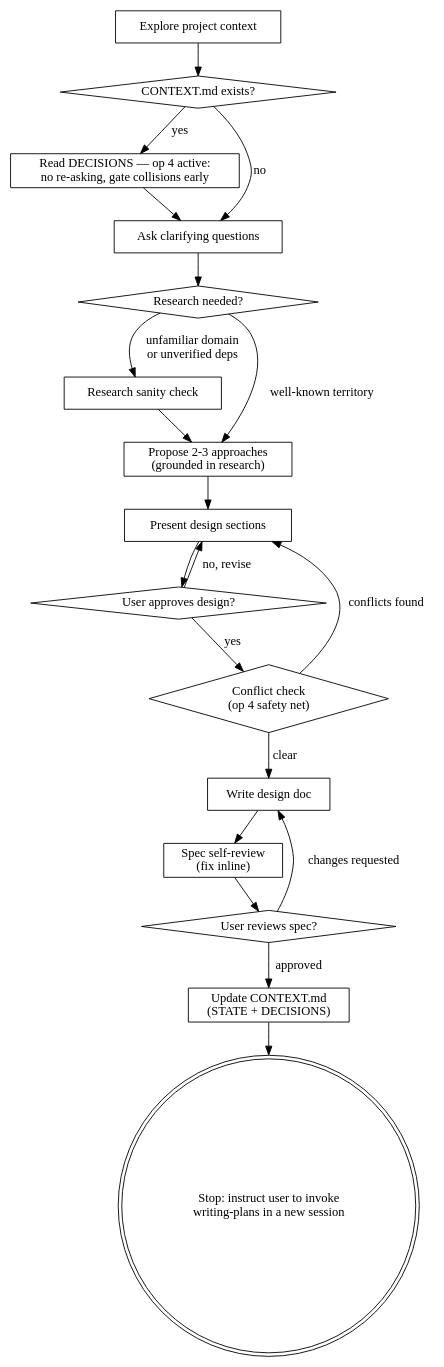
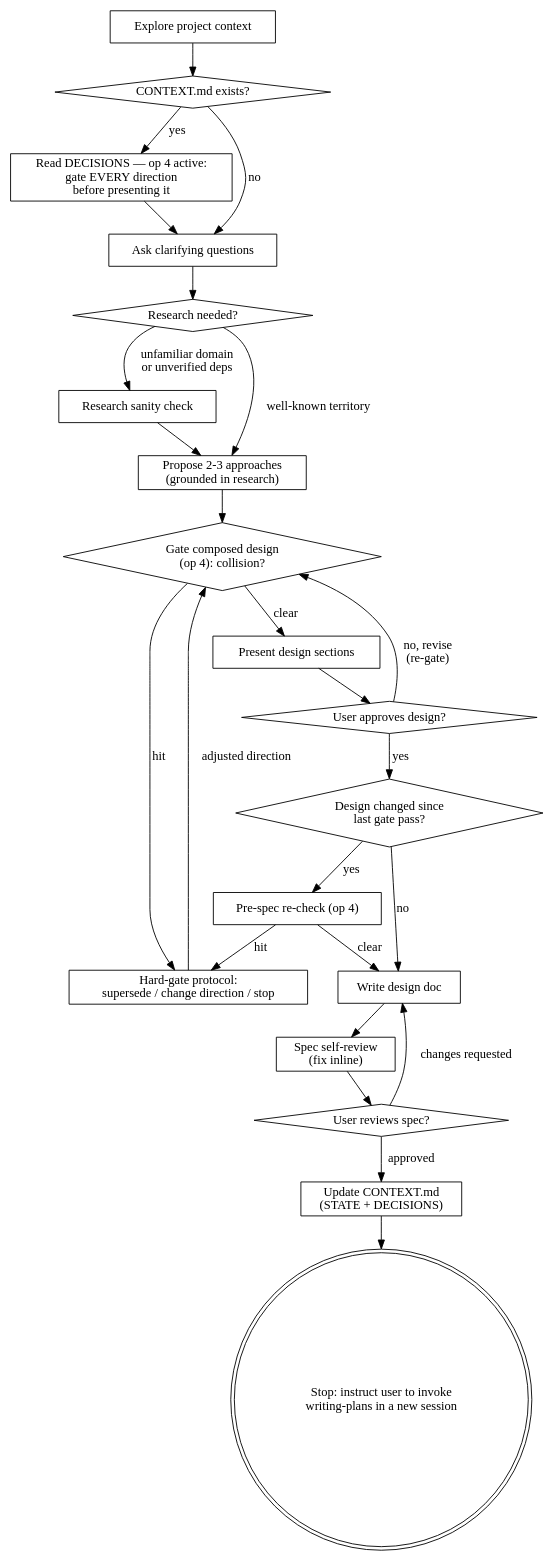
Before and after one commit to jacek2v/superpowers-j2v: the diagram in skills/brainstorming/SKILL.md, drawn with Graphviz. The commit also changed other lines of this file, not shown here.

Commit message:
docs(brainstorming): gate every direction before presenting; pre-spec check now conditional re-check

````diff
--- a/skills/brainstorming/SKILL.md
+++ b/skills/brainstorming/SKILL.md
@@ -56,39 +56,47 @@
 ```dot
 digraph brainstorming {
     "Explore project context" [shape=box];
     "CONTEXT.md exists?" [shape=diamond];
-    "Read DECISIONS — op 4 active:\nno re-asking, gate collisions early" [shape=box];
+    "Read DECISIONS — op 4 active:\ngate EVERY direction\nbefore presenting it" [shape=box];
     "Ask clarifying questions" [shape=box];
     "Research needed?" [shape=diamond];
     "Research sanity check" [shape=box];
     "Propose 2-3 approaches\n(grounded in research)" [shape=box];
+    "Gate composed design\n(op 4): collision?" [shape=diamond];
+    "Hard-gate protocol:\nsupersede / change direction / stop" [shape=box];
     "Present design sections" [shape=box];
     "User approves design?" [shape=diamond];
+    "Design changed since\nlast gate pass?" [shape=diamond];
+    "Pre-spec re-check (op 4)" [shape=box];
     "Write design doc" [shape=box];
     "Spec self-review\n(fix inline)" [shape=box];
     "User reviews spec?" [shape=diamond];
     "Update CONTEXT.md\n(STATE + DECISIONS)" [shape=box];
     "Stop: instruct user to invoke\nwriting-plans in a new session" [shape=doublecircle];
 
     "Explore project context" -> "CONTEXT.md exists?";
-    "CONTEXT.md exists?" -> "Read DECISIONS — op 4 active:\nno re-asking, gate collisions early" [label="yes"];
+    "CONTEXT.md exists?" -> "Read DECISIONS — op 4 active:\ngate EVERY direction\nbefore presenting it" [label="yes"];
     "CONTEXT.md exists?" -> "Ask clarifying questions" [label="no"];
-    "Read DECISIONS — op 4 active:\nno re-asking, gate collisions early" -> "Ask clarifying questions";
+    "Read DECISIONS — op 4 active:\ngate EVERY direction\nbefore presenting it" -> "Ask clarifying questions";
     "Ask clarifying questions" -> "Research needed?";
     "Research needed?" -> "Research sanity check" [label="unfamiliar domain\nor unverified deps"];
     "Research needed?" -> "Propose 2-3 approaches\n(grounded in research)" [label="well-known territory"];
     "Research sanity check" -> "Propose 2-3 approaches\n(grounded in research)";
-    "Propose 2-3 approaches\n(grounded in research)" -> "Present design sections";
+    "Propose 2-3 approaches\n(grounded in research)" -> "Gate composed design\n(op 4): collision?";
+    "Gate composed design\n(op 4): collision?" -> "Hard-gate protocol:\nsupersede / change direction / stop" [label="hit"];
+    "Hard-gate protocol:\nsupersede / change direction / stop" -> "Gate composed design\n(op 4): collision?" [label="adjusted direction"];
+    "Gate composed design\n(op 4): collision?" -> "Present design sections" [label="clear"];
     "Present design sections" -> "User approves design?";
-    "User approves design?" -> "Present design sections" [label="no, revise"];
-    "User approves design?" -> "Conflict check\n(op 4 safety net)" [label="yes"];
-    "Conflict check\n(op 4 safety net)" [shape=diamond];
-    "Conflict check\n(op 4 safety net)" -> "Present design sections" [label="conflicts found"];
-    "Conflict check\n(op 4 safety net)" -> "Write design doc" [label="clear"];
+    "User approves design?" -> "Gate composed design\n(op 4): collision?" [label="no, revise\n(re-gate)"];
+    "User approves design?" -> "Design changed since\nlast gate pass?" [label="yes"];
+    "Design changed since\nlast gate pass?" -> "Pre-spec re-check (op 4)" [label="yes"];
+    "Design changed since\nlast gate pass?" -> "Write design doc" [label="no"];
+    "Pre-spec re-check (op 4)" -> "Write design doc" [label="clear"];
+    "Pre-spec re-check (op 4)" -> "Hard-gate protocol:\nsupersede / change direction / stop" [label="hit"];
     "Write design doc" -> "Spec self-review\n(fix inline)";
     "Spec self-review\n(fix inline)" -> "User reviews spec?";
     "User reviews spec?" -> "Write design doc" [label="changes requested"];
     "User reviews spec?" -> "Update CONTEXT.md\n(STATE + DECISIONS)" [label="approved"];
     "Update CONTEXT.md\n(STATE + DECISIONS)" -> "Stop: instruct user to invoke\nwriting-plans in a new session";
 }
 ```
````
